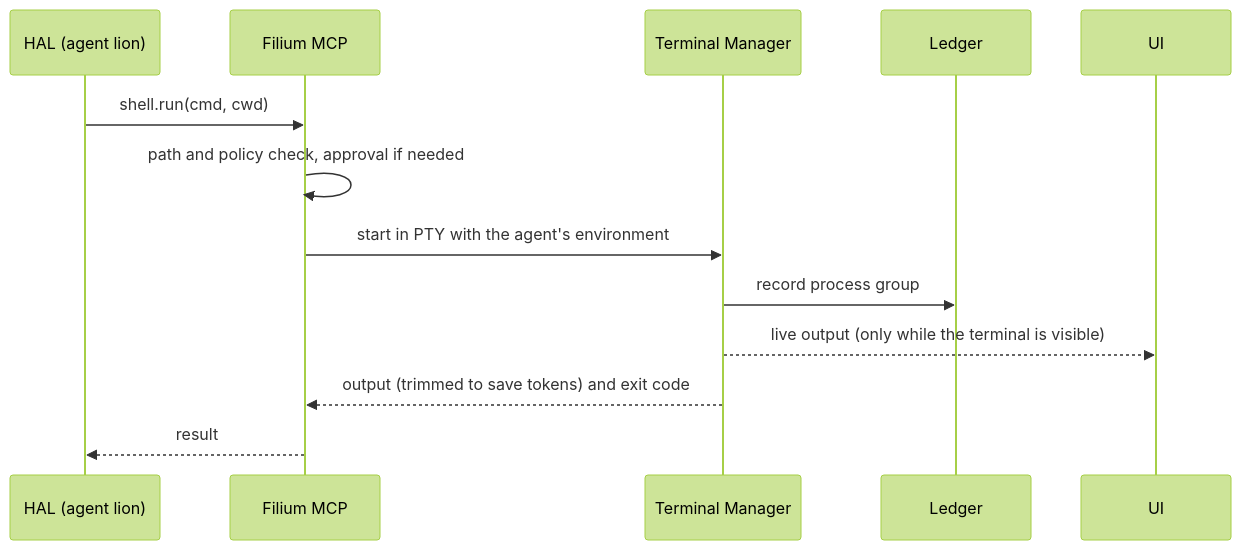
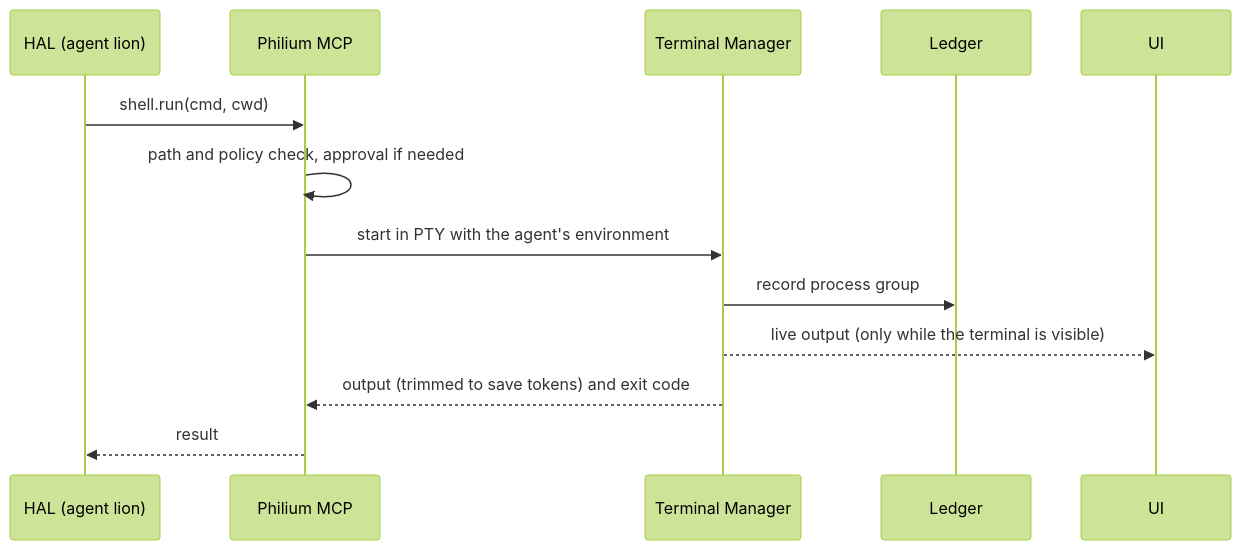
One commit to fimgu/philium changed the seventh of 8 diagrams in docs/SPEC.md. Above: the diagram before and after it, drawn with Mermaid (forest theme). The commit also changed other lines of this file, not shown here.

Commit message:
docs(spec): rename to Philium, add teardown policy and self-improvement

````diff
--- a/docs/SPEC.md
+++ b/docs/SPEC.md
@@ -357,15 +397,15 @@
 ```mermaid
 sequenceDiagram
   participant H as HAL (agent lion)
-  participant C as Filium MCP
+  participant C as Philium MCP
   participant T as Terminal Manager
   participant L as Ledger
   participant UI
   H->>C: shell.run(cmd, cwd)
   C->>C: path and policy check, approval if needed
   C->>T: start in PTY with the agent's environment
   T->>L: record process group
   T-->>UI: live output (only while the terminal is visible)
   T-->>C: output (trimmed to save tokens) and exit code
   C-->>H: result
 ```
````
